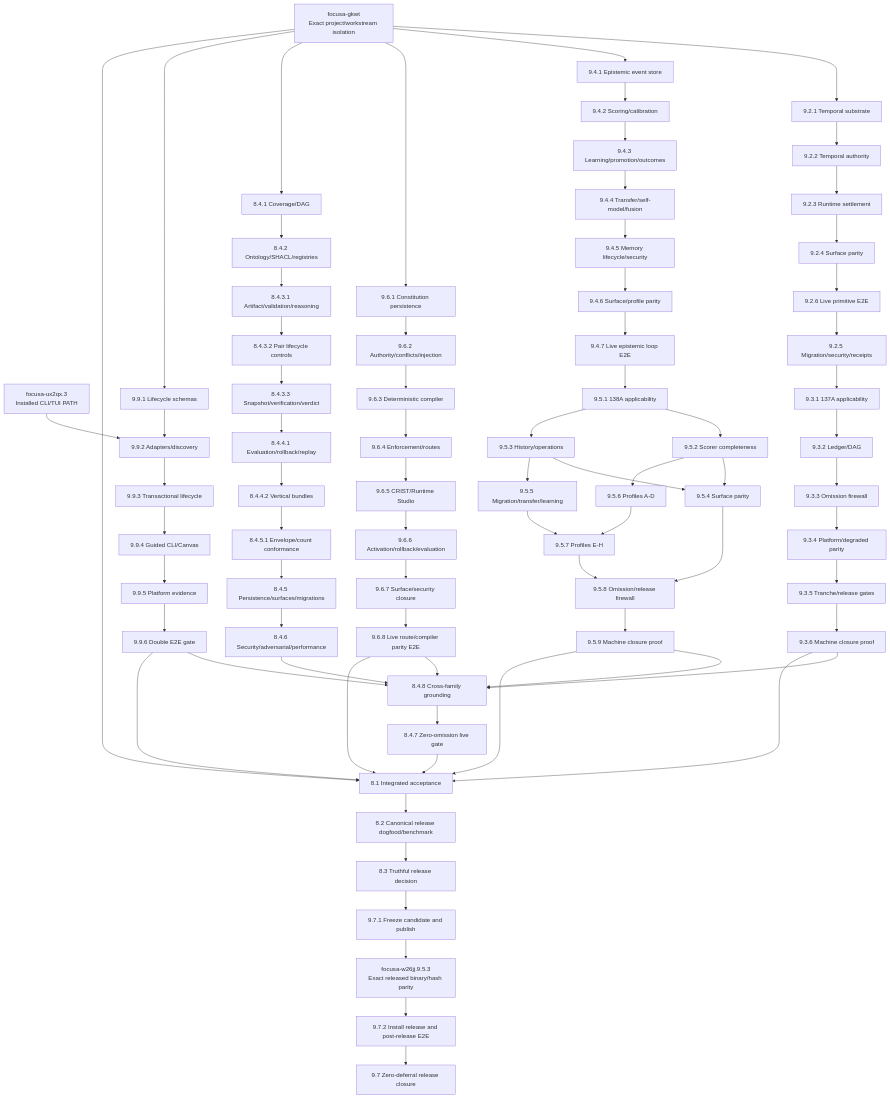
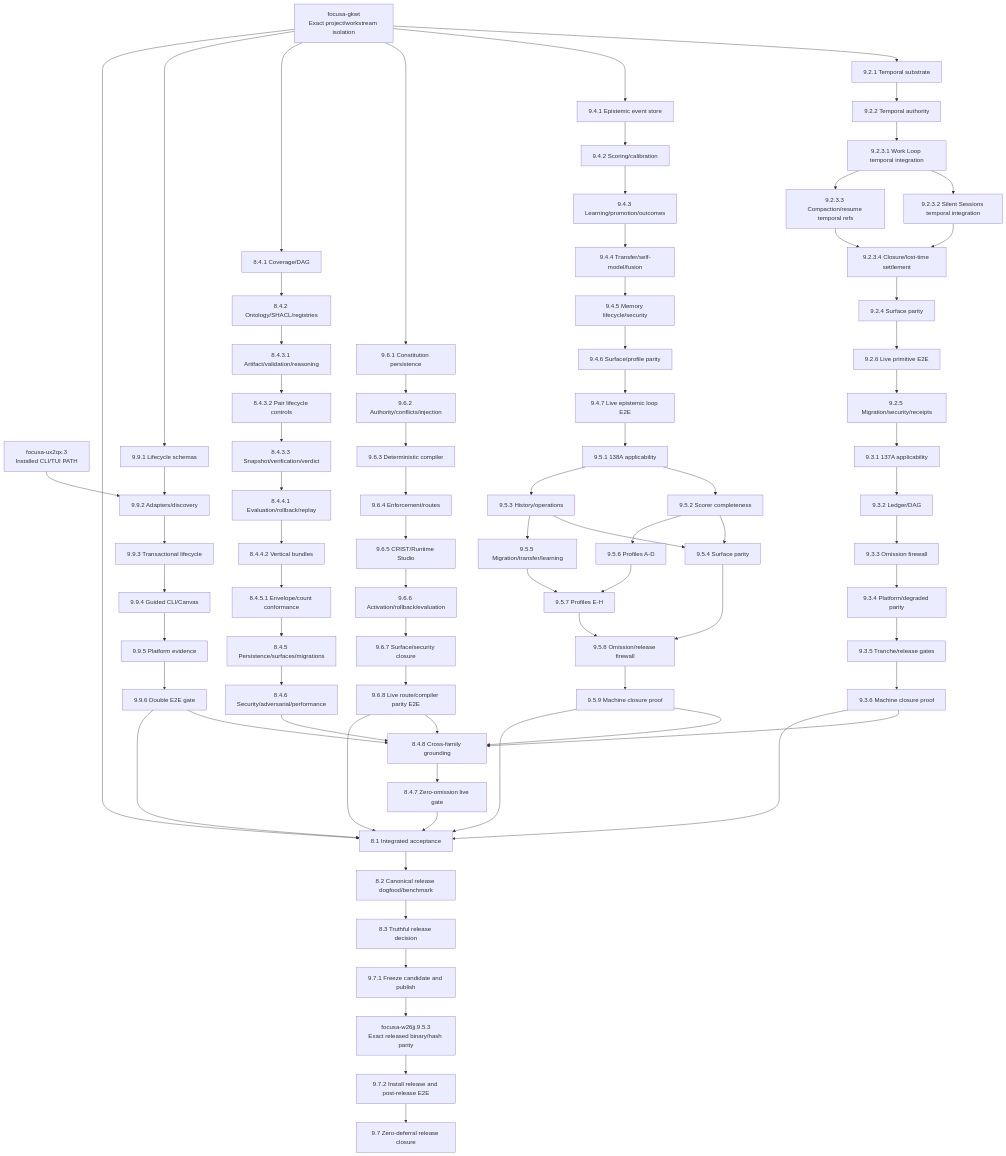
The diagram in docs/153-focusa-locked-release-repair-task-graph.md (Startempire-Wire/focusa), drawn with Mermaid before and after one commit. The commit also changed other lines of this file, not shown here.

Commit message:
docs: split temporal runtime dependencies

```diff
--- a/docs/153-focusa-locked-release-repair-task-graph.md
+++ b/docs/153-focusa-locked-release-repair-task-graph.md
@@ -14,7 +14,10 @@
 
   T1[9.2.1 Temporal substrate]
   T2[9.2.2 Temporal authority]
-  T3[9.2.3 Runtime settlement]
+  T3A[9.2.3.1 Work Loop temporal integration]
+  T3B[9.2.3.2 Silent Sessions temporal integration]
+  T3C[9.2.3.3 Compaction/resume temporal refs]
+  T3D[9.2.3.4 Closure/lost-time settlement]
   T4[9.2.4 Surface parity]
   T6[9.2.6 Live primitive E2E]
   T5[9.2.5 Migration/security/receipts]
@@ -79,7 +82,11 @@
   FINAL[9.7 Zero-deferral release closure]
 
   SCOPE --> T1
-  T1 --> T2 --> T3 --> T4 --> T6 --> T5 --> TA1 --> TA2 --> TA3 --> TA4 --> TA5 --> TA6
+  T1 --> T2 --> T3A
+  T3A --> T3B
+  T3A --> T3C
+  T3B --> T3D
+  T3C --> T3D --> T4 --> T6 --> T5 --> TA1 --> TA2 --> TA3 --> TA4 --> TA5 --> TA6
 
   SCOPE --> P1
   P1 --> P2 --> P3 --> P4 --> P5 --> P6 --> P7 --> PA1
```
